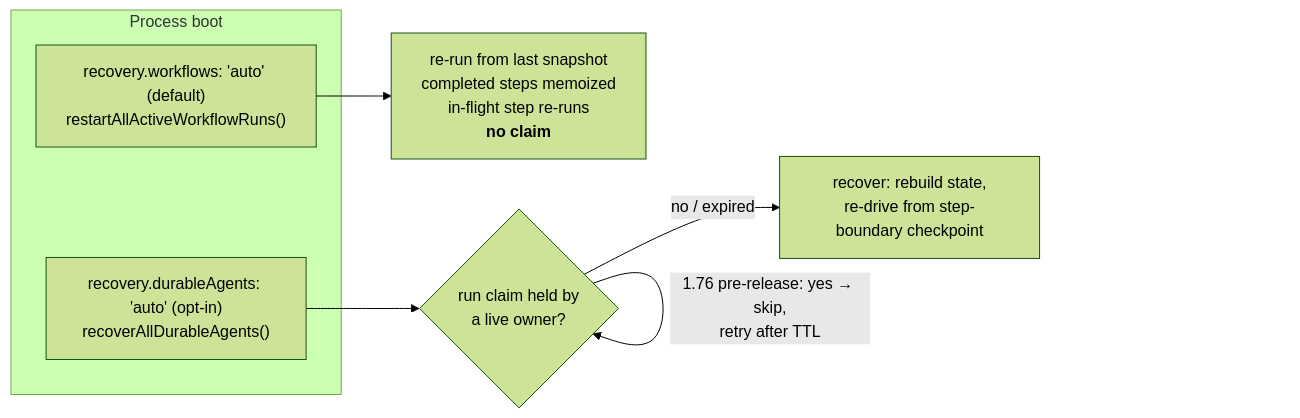
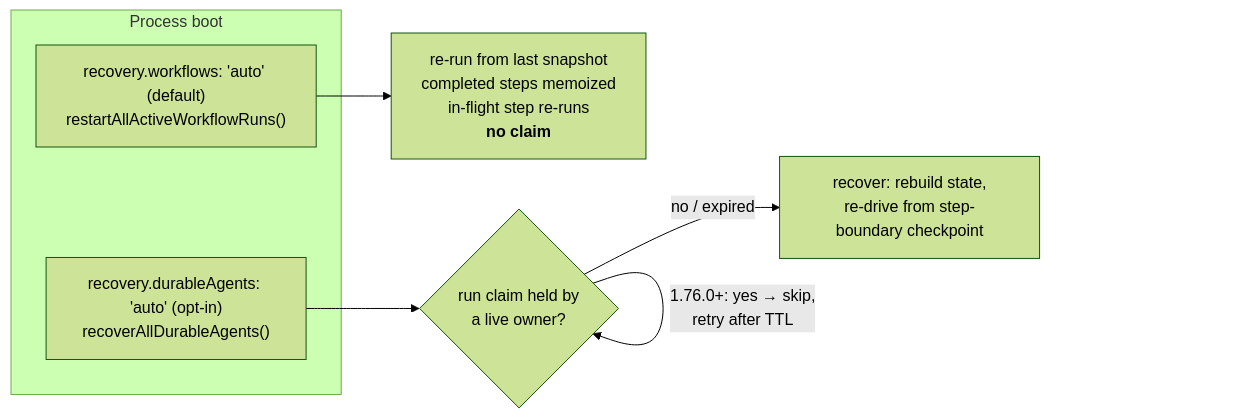
Before and after one commit to rphansen91/mastra-primitives-course: the diagram in docs/m07/index.md, drawn with Mermaid (forest theme). The commit also changed other lines of this file and 46 other files, not shown here.

````diff
--- a/docs/m07/index.md
+++ b/docs/m07/index.md
@@ -133,11 +133,11 @@
 ```mermaid
 flowchart LR
   subgraph boot["Process boot"]
     W["recovery.workflows: 'auto' (default)<br/>restartAllActiveWorkflowRuns()"]
     D["recovery.durableAgents: 'auto' (opt-in)<br/>recoverAllDurableAgents()"]
   end
   W --> WS["re-run from last snapshot<br/>completed steps memoized<br/>in-flight step re-runs<br/><b>no claim</b>"]
   D --> C{"run claim held by<br/>a live owner?"}
-  C -- "1.76 pre-release: yes → skip,<br/>retry after TTL" --> C
+  C -- "1.76.0+: yes → skip,<br/>retry after TTL" --> C
   C -- "no / expired" --> R["recover: rebuild state,<br/>re-drive from step-boundary checkpoint"]
 ```
````
